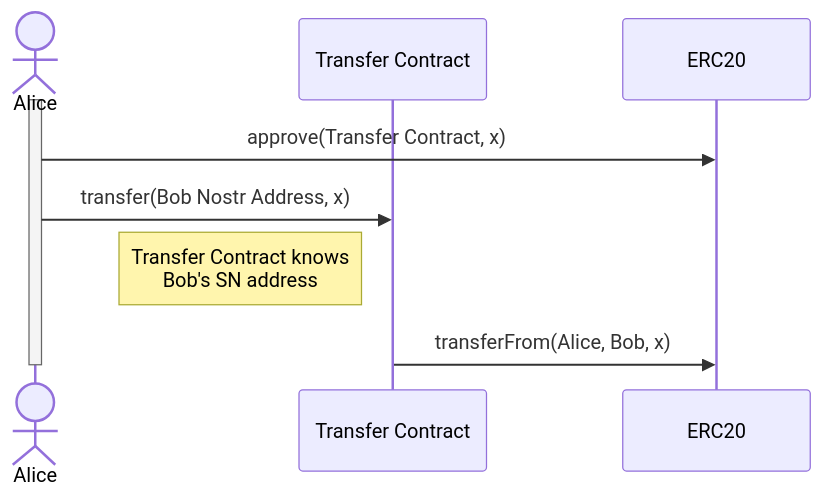
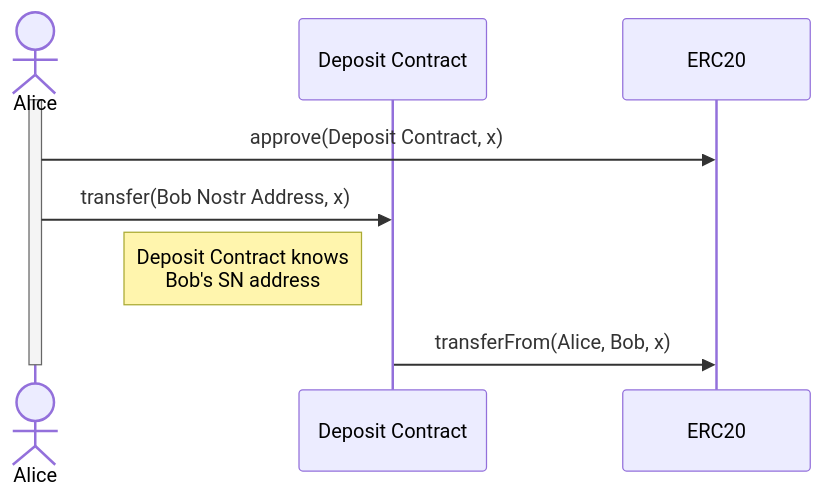
The second of 3 diagrams in README.md (keep-starknet-strange/joyboy), drawn with Mermaid before and after one commit. The commit also changed other lines of this file and 24 other files, not shown here.

````diff
--- a/README.md
+++ b/README.md
@@ -82,13 +84,13 @@
 ```mermaid
 sequenceDiagram
     actor Alice
-    participant transfer as Transfer Contract
+    participant transfer as Deposit Contract
     participant erc20 as ERC20
     
     activate Alice
-    Alice->>erc20: approve(Transfer Contract, x)
+    Alice->>erc20: approve(Deposit Contract, x)
     Alice->>transfer: transfer(Bob Nostr Address, x)
-    Note left of transfer: Transfer Contract knows<br/> Bob's SN address
+    Note left of transfer: Deposit Contract knows<br/> Bob's SN address
     transfer->>erc20: transferFrom(Alice, Bob, x)
     deactivate Alice
 ```
````
